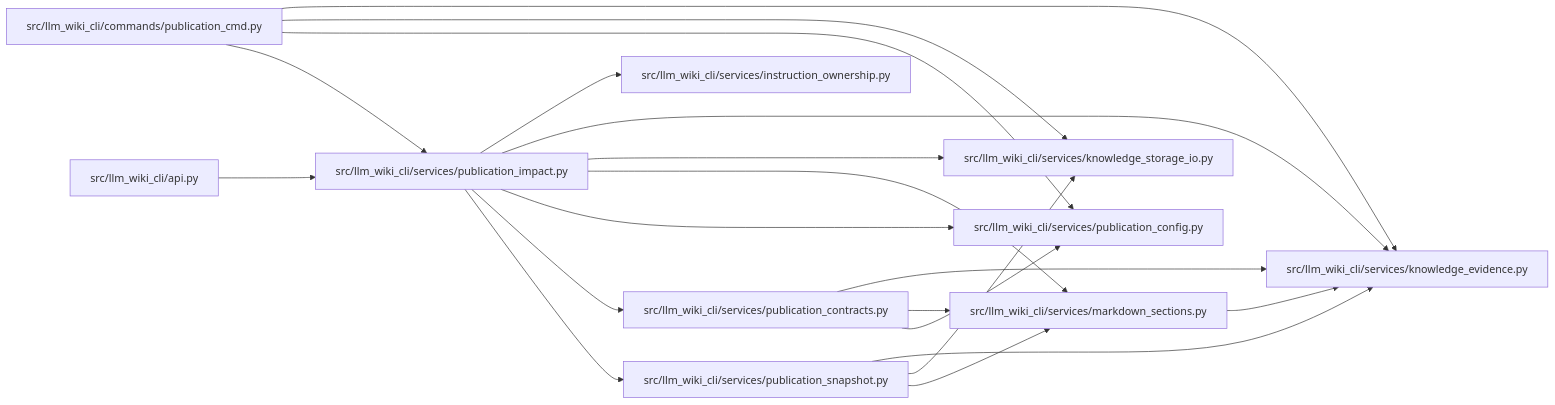
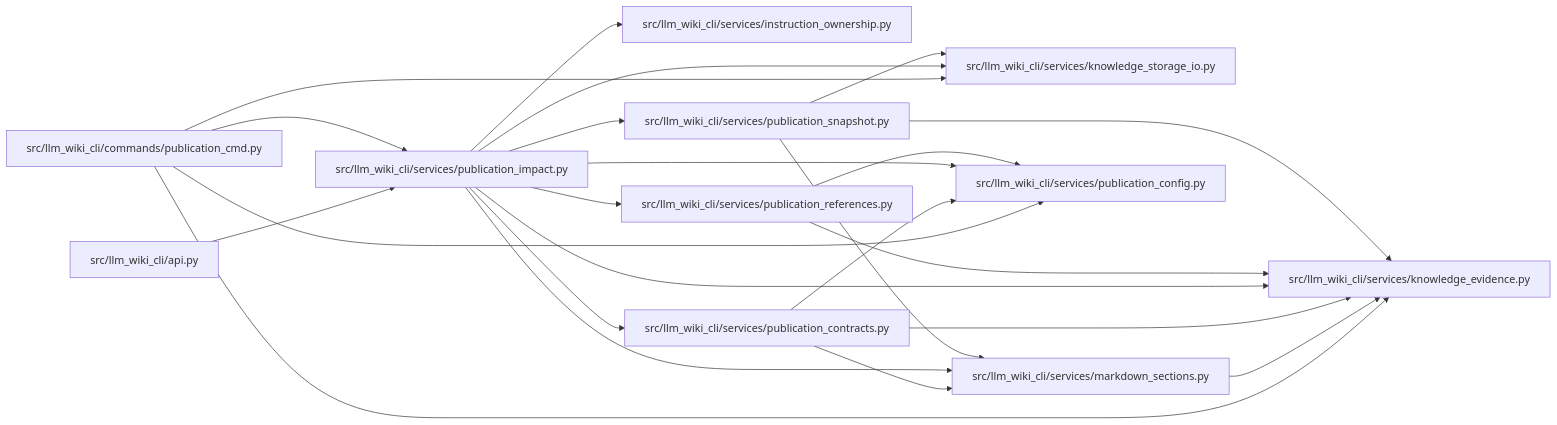
The diagram in docs/llm_wiki/modules/publication_impact.md (Denissvgn/python-wiki-llm), drawn with Mermaid before and after one commit. The commit also changed other lines of this file and 468 other files, not shown here.

Commit message:
feat: add stable CLI reference data to wiki review

````diff
--- a/docs/llm_wiki/modules/publication_impact.md
+++ b/docs/llm_wiki/modules/publication_impact.md
@@ -32,42 +33,47 @@
 ```mermaid
 flowchart LR
     n0["src/llm_wiki_cli/api.py"]
     n1["src/llm_wiki_cli/commands/publication_cmd.py"]
     n2["src/llm_wiki_cli/services/instruction_ownership.py"]
     n3["src/llm_wiki_cli/services/knowledge_evidence.py"]
     n4["src/llm_wiki_cli/services/knowledge_storage_io.py"]
     n5["src/llm_wiki_cli/services/markdown_sections.py"]
     n6["src/llm_wiki_cli/services/publication_config.py"]
     n7["src/llm_wiki_cli/services/publication_contracts.py"]
     n8["src/llm_wiki_cli/services/publication_impact.py"]
-    n9["src/llm_wiki_cli/services/publication_snapshot.py"]
+    n9["src/llm_wiki_cli/services/publication_references.py"]
+    n10["src/llm_wiki_cli/services/publication_snapshot.py"]
     n0 --> n8
     n1 --> n3
     n1 --> n4
     n1 --> n6
     n1 --> n8
     n5 --> n3
     n7 --> n3
     n7 --> n5
     n7 --> n6
     n8 --> n2
     n8 --> n3
     n8 --> n4
     n8 --> n5
     n8 --> n6
     n8 --> n7
     n8 --> n9
+    n8 --> n10
     n9 --> n3
-    n9 --> n4
-    n9 --> n5
+    n9 --> n6
+    n10 --> n3
+    n10 --> n4
+    n10 --> n5
     click n0 "../modules/api.md"
     click n1 "../modules/publication_cmd.md"
     click n2 "../modules/instruction_ownership.md"
     click n3 "../modules/knowledge_evidence.md"
     click n4 "../modules/knowledge_storage_io.md"
     click n5 "../modules/markdown_sections.md"
     click n6 "../modules/publication_config.md"
     click n7 "../modules/publication_contracts.md"
     click n8 "../modules/publication_impact.md"
-    click n9 "../modules/publication_snapshot.md"
+    click n9 "../modules/publication_references.md"
+    click n10 "../modules/publication_snapshot.md"
 ```
````
